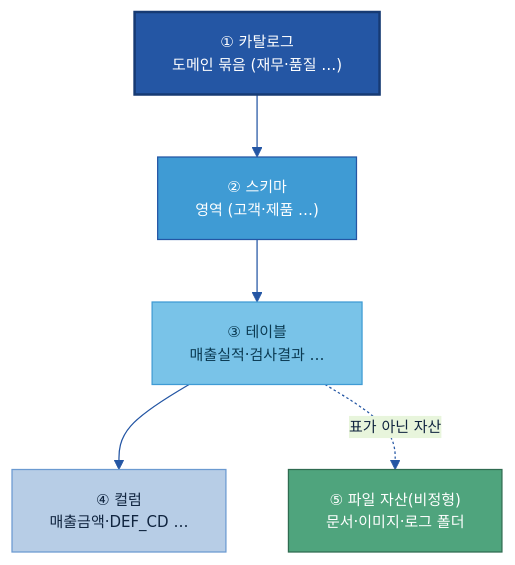
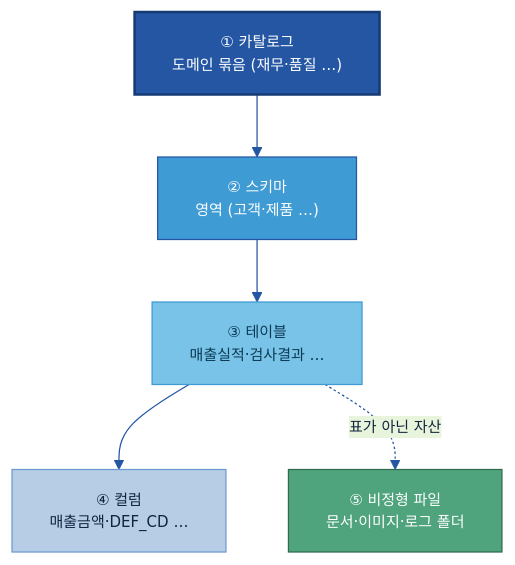
The third of 6 diagrams in 가이드 작성/A-2 메타데이터/A-2 메타데이터.md (jin-kearney/ai-ready-data-manual), drawn with Mermaid before and after one commit. The commit also changed other lines of this file, not shown here.

First line of the commit message:
docs(A-2): 다섯 계층 5번째 명칭 "파일 자산" → "비정형 파일"로 확정(고객 선택)

````diff
--- a/가이드 작성/A-2 메타데이터/A-2 메타데이터.md
+++ b/가이드 작성/A-2 메타데이터/A-2 메타데이터.md
@@ -268,16 +268,16 @@
 ```mermaid
 %%{init: {'theme':'base','themeVariables':{'primaryColor':'#DCE8F5','primaryBorderColor':'#2456A4','primaryTextColor':'#10243f','lineColor':'#2456A4','clusterBkg':'#EEF4FB','clusterBorder':'#6B9AD1','fontSize':'12px'}}}%%
 flowchart TB
     CAT["① 카탈로그<br/>도메인 묶음 (재무·품질 …)"]:::cat
     SCH["② 스키마<br/>영역 (고객·제품 …)"]:::gate
     TBL["③ 테이블<br/>매출실적·검사결과 …"]:::src
     COL["④ 컬럼<br/>매출금액·DEF_CD …"]:::n
-    VOL["⑤ 파일 자산(비정형)<br/>문서·이미지·로그 폴더"]:::loop
+    VOL["⑤ 비정형 파일<br/>문서·이미지·로그 폴더"]:::loop
     CAT --> SCH --> TBL --> COL
     TBL -.표가 아닌 자산.-> VOL
     classDef n fill:#B7CDE6,stroke:#6B9AD1,color:#10243f;
     classDef src fill:#79C3E8,stroke:#3F9BD4,color:#0b3a52;
     classDef cat fill:#2456A4,color:#fff,stroke:#163a73,stroke-width:2px;
     classDef gate fill:#3F9BD4,stroke:#2456A4,color:#fff;
     classDef loop fill:#4FA47D,stroke:#2f6b50,color:#fff;
 ```
````
